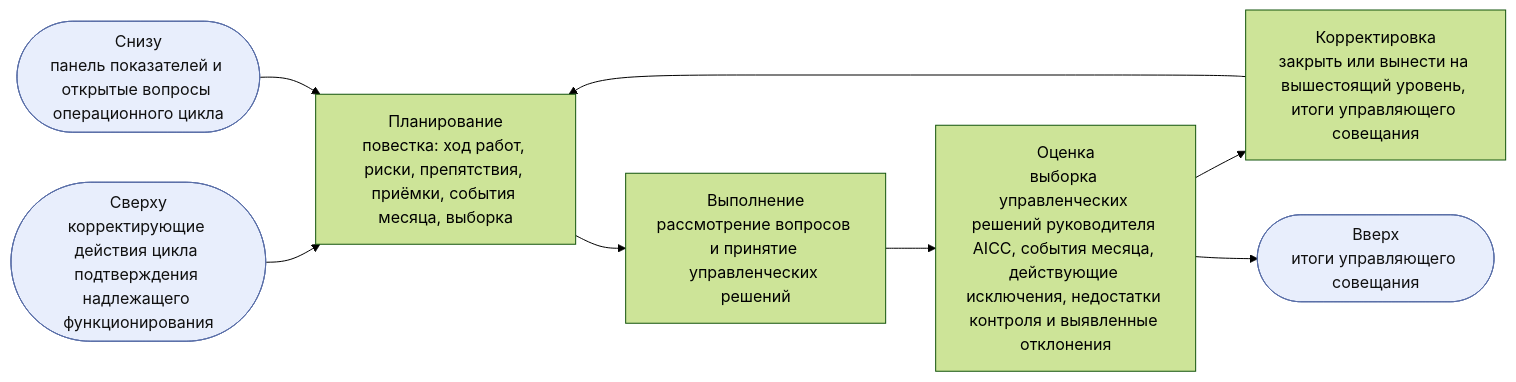
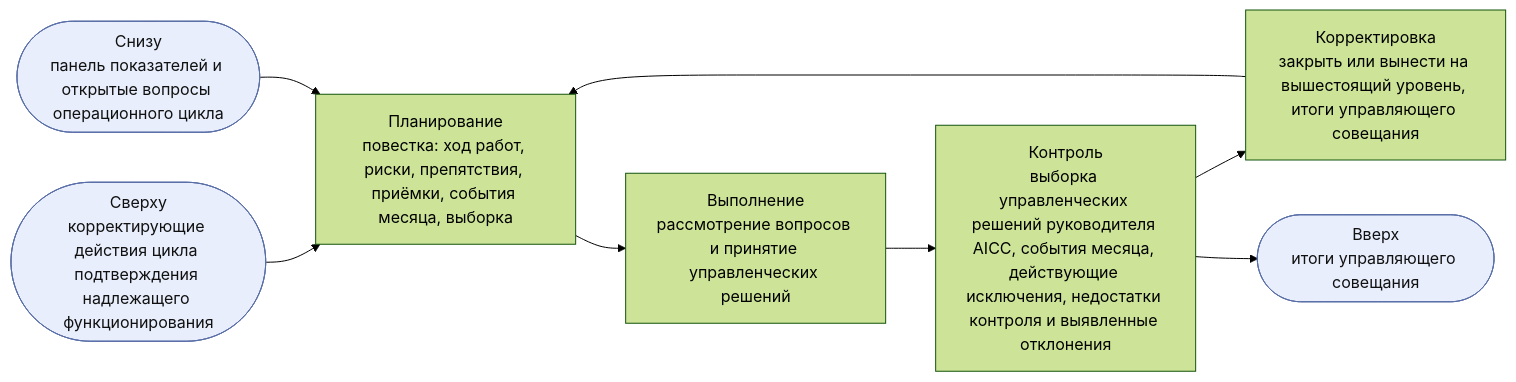
One commit to devhogu/ob-aicc changed the fourth of 8 diagrams in charter/ru/documents/operating-model.md. Above: the diagram before and after it, drawn with Mermaid (forest theme). The commit also changed other lines of this file and 249 other files, not shown here.

````diff
--- a/charter/ru/documents/operating-model.md
+++ b/charter/ru/documents/operating-model.md
@@ -207,8 +207,8 @@
 ```mermaid
 flowchart LR
   IN(["Сверху<br/>корректирующие действия цикла подтверждения надлежащего функционирования"]):::iface --> P
-  P["Планирование<br/>повестка: ход работ, риски, препятствия, приёмки, события месяца, выборка"] --> D["Выполнение<br/>рассмотрение вопросов и принятие управленческих решений"] --> C["Оценка<br/>выборка управленческих решений руководителя AICC, события месяца, действующие исключения, недостатки контроля и выявленные отклонения"] --> A["Корректировка<br/>закрыть или вынести на вышестоящий уровень, итоги управляющего совещания"] --> P
+  P["Планирование<br/>повестка: ход работ, риски, препятствия, приёмки, события месяца, выборка"] --> D["Выполнение<br/>рассмотрение вопросов и принятие управленческих решений"] --> C["Контроль<br/>выборка управленческих решений руководителя AICC, события месяца, действующие исключения, недостатки контроля и выявленные отклонения"] --> A["Корректировка<br/>закрыть или вынести на вышестоящий уровень, итоги управляющего совещания"] --> P
   EV(["Снизу<br/>панель показателей и открытые вопросы операционного цикла"]):::iface --> P
   C --> UP(["Вверх<br/>итоги управляющего совещания"]):::iface
   classDef iface fill:#e8eefc,stroke:#5a6fa8,color:#111
 ```
````
